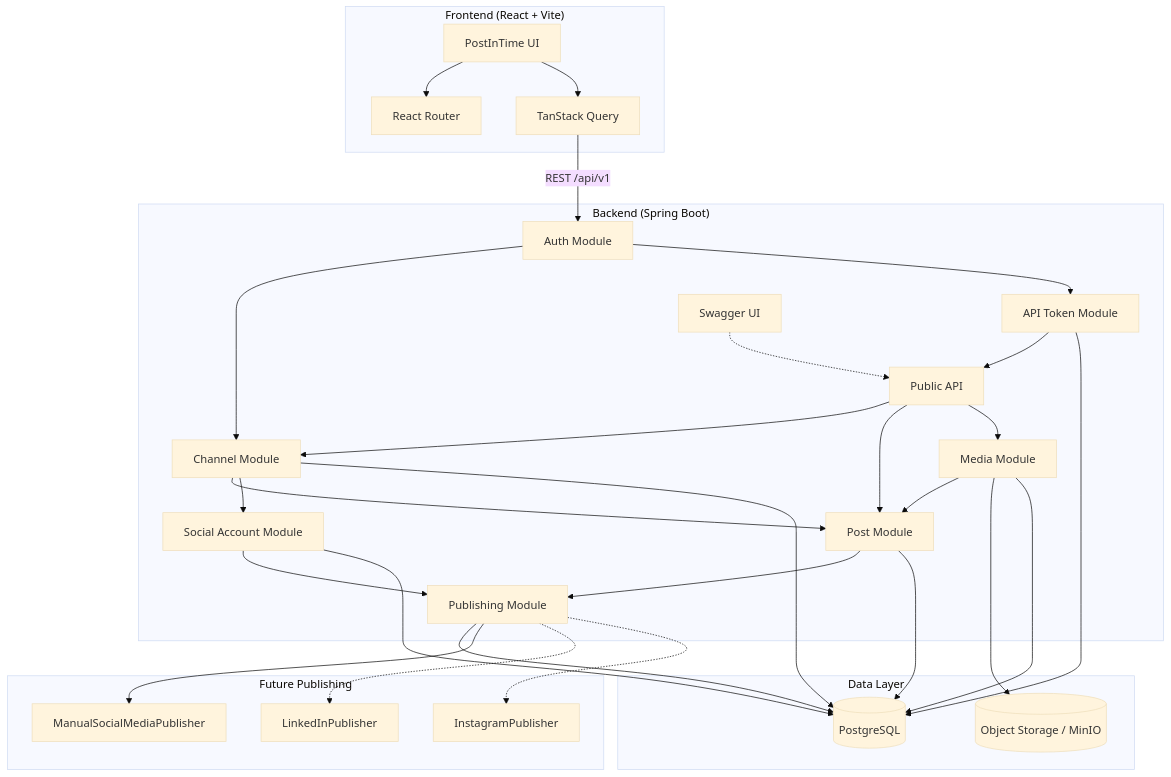
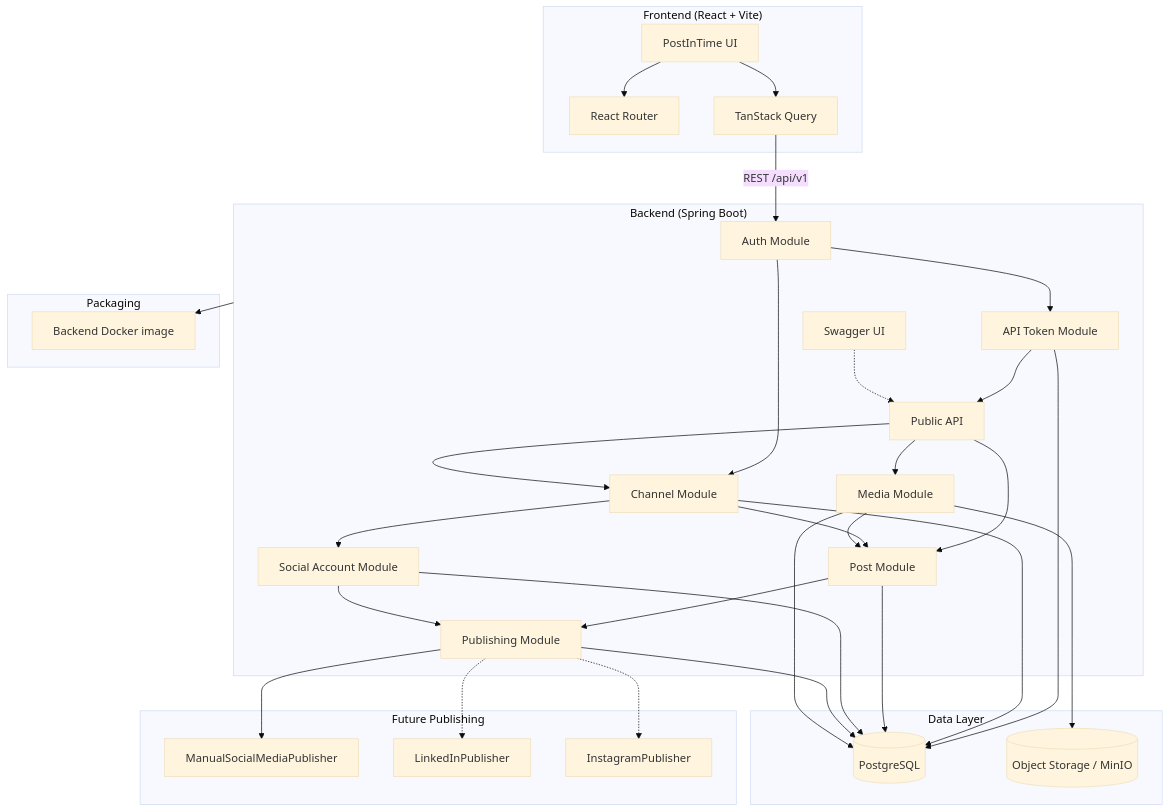
Before and after one commit to anushibinj/postintime: the diagram in product-architecture-flowchart.mmd, drawn with Mermaid (base theme). The commit also changed 5 other files, not shown here.

```diff
--- a/product-architecture-flowchart.mmd
+++ b/product-architecture-flowchart.mmd
@@ -1,55 +1,60 @@
 flowchart TB
     subgraph Client["Frontend (React + Vite)"]
         UI[PostInTime UI]
         Router[React Router]
         Query[TanStack Query]
         UI --> Router
         UI --> Query
     end
 
     subgraph API["Backend (Spring Boot)"]
         Auth[Auth Module]
         ApiTokens[API Token Module]
         Channels[Channel Module]
         Posts[Post Module]
         Media[Media Module]
         Social[Social Account Module]
         Publishing[Publishing Module]
         Public[Public API]
         Swagger[Swagger UI]
         Auth --> Channels
         Auth --> ApiTokens
         ApiTokens --> Public
         Public --> Channels
         Public --> Posts
         Public --> Media
         Swagger -.-> Public
         Channels --> Posts
         Channels --> Social
         Posts --> Publishing
         Social --> Publishing
         Media --> Posts
     end
 
     subgraph Data["Data Layer"]
         PG[(PostgreSQL)]
         Storage[(Object Storage / MinIO)]
     end
 
     Query -->|REST /api/v1| Auth
     ApiTokens --> PG
     Channels --> PG
     Posts --> PG
     Social --> PG
     Publishing --> PG
     Media --> Storage
     Media --> PG
 
+    subgraph Packaging["Packaging"]
+        Image[Backend Docker image]
+    end
+    API --> Image
+
     subgraph Future["Future Publishing"]
         Manual[ManualSocialMediaPublisher]
         LinkedIn[LinkedInPublisher]
         Instagram[InstagramPublisher]
         Publishing --> Manual
         Publishing -.-> LinkedIn
         Publishing -.-> Instagram
     end
```
